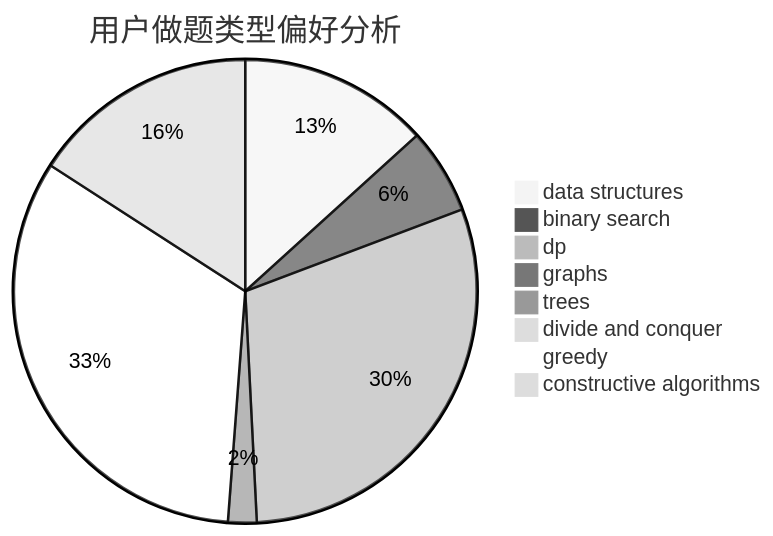
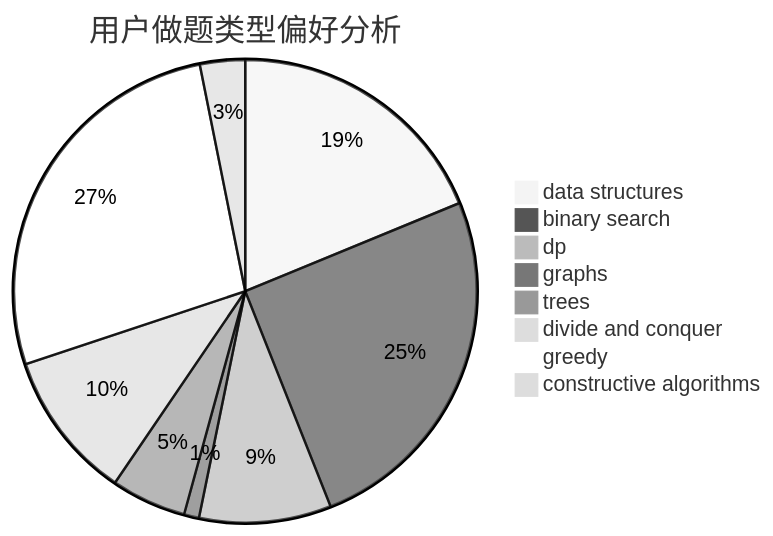
One commit to sherpahu/cfrs.github.io changed the second of 3 diagrams in docs/user/u2129.md. Above: the diagram before and after it, drawn with Mermaid (neutral theme). The commit also changed other lines of this file and 2770 other files, not shown here.

````diff
--- a/docs/user/u2129.md
+++ b/docs/user/u2129.md
@@ -23,11 +23,11 @@
 ```mermaid
 pie title 用户做题类型偏好分析
-    "data structures" :  133
-    "binary search" :  60
-    "dp" :  300
-    "graphs" :  6
-    "trees" :  20
-    "divide and conquer" :  0
-    "greedy" :  330
-    "constructive algorithms" :  159
+    "data structures" :  161
+    "binary search" :  216
+    "dp" :  79
+    "graphs" :  9
+    "trees" :  45
+    "divide and conquer" :  89
+    "greedy" :  231
+    "constructive algorithms" :  27
 ```
````
